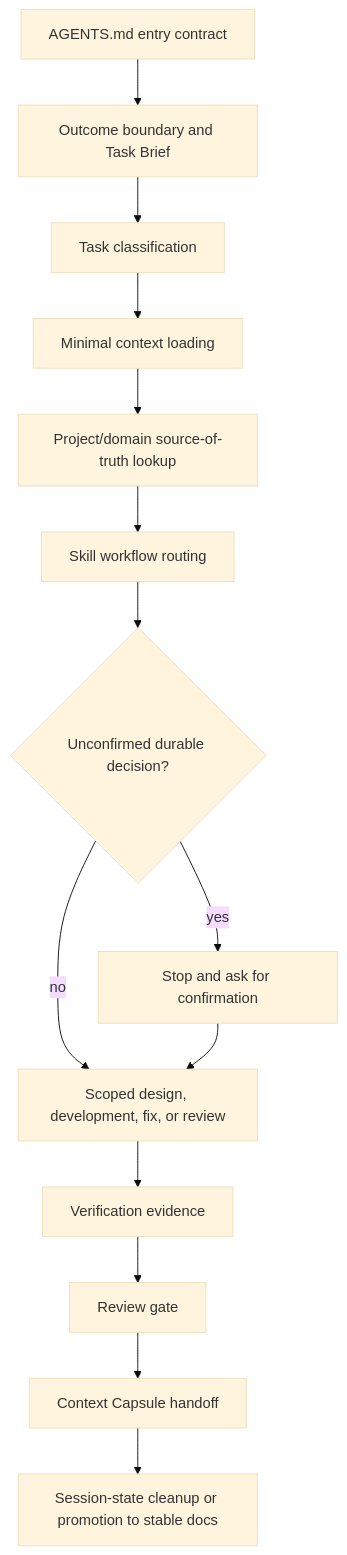
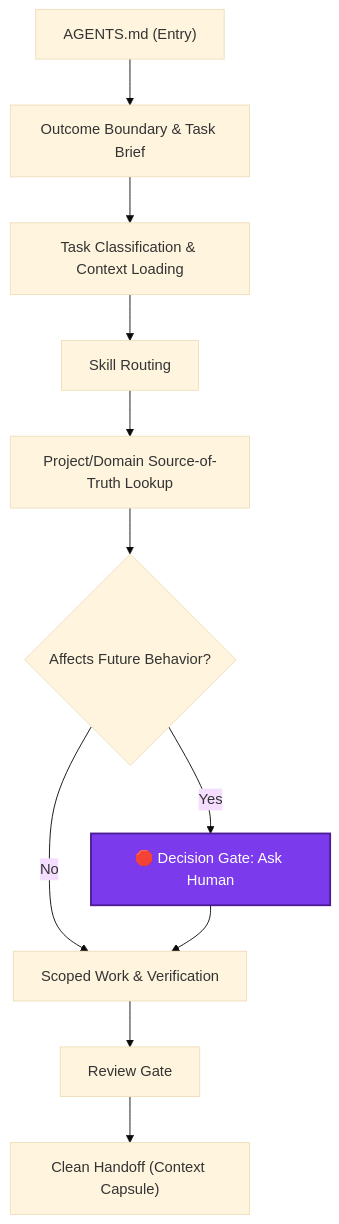
One commit to fqmyysjjd/agent-feed changed the diagram in README.md. Above: the diagram before and after it, drawn with Mermaid (base theme). The commit also changed other lines of this file and 85 other files, not shown here.

````diff
--- a/README.md
+++ b/README.md
@@ -81,16 +71,16 @@
 ```mermaid
 flowchart TD
-    A["AGENTS.md entry contract"] --> B["Outcome boundary and Task Brief"]
-    B --> C["Task classification"]
-    C --> D["Minimal context loading"]
-    D --> E["Project/domain source-of-truth lookup"]
-    E --> F["Skill workflow routing"]
-    F --> G{"Unconfirmed durable decision?"}
-    G -- "yes" --> H["Stop and ask for confirmation"]
-    G -- "no" --> I["Scoped design, development, fix, or review"]
-    H --> I
-    I --> J["Verification evidence"]
-    J --> K["Review gate"]
-    K --> L["Context Capsule handoff"]
-    L --> M["Session-state cleanup or promotion to stable docs"]
+    Start["AGENTS.md (Entry)"] --> Boundary["Outcome Boundary & Task Brief"]
+    Boundary --> Context["Task Classification & Context Loading"]
+    Context --> Routing["Skill Routing"]
+    Routing --> Lookup["Project/Domain Source-of-Truth Lookup"]
+    Lookup --> Decision{"Affects Future Behavior?"}
+    Decision -- "Yes" --> Ask["🛑 Decision Gate: Ask Human"]
+    Decision -- "No" --> Scoped["Scoped Work & Verification"]
+    Ask --> Scoped
+    Scoped --> Review["Review Gate"]
+    Review --> Handoff["Clean Handoff (Context Capsule)"]
+
+    classDef highlight fill:#7c3aed,stroke:#4c1d95,stroke-width:2px,color:#fff;
+    class Ask highlight;
 ```
````
